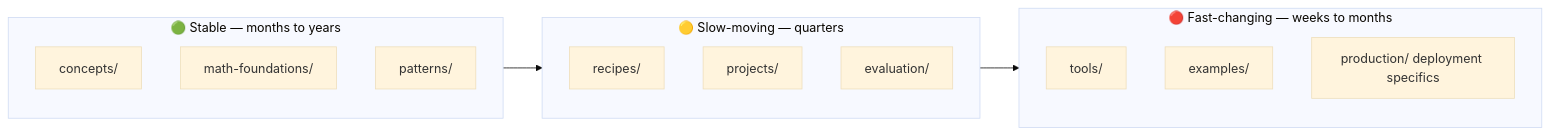
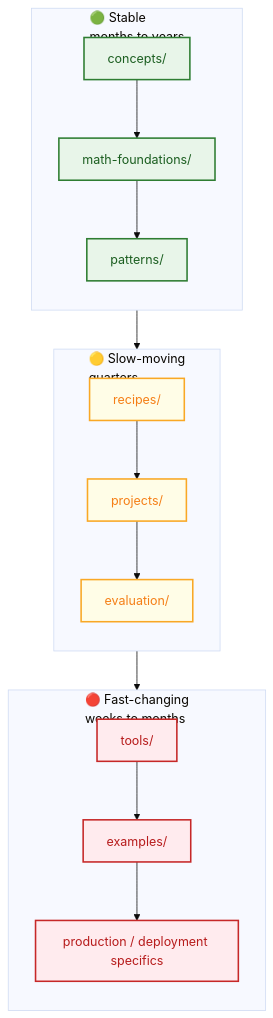
The second of 2 diagrams in README.md (MHHamdan/Agentic-AI-Engineer), drawn with Mermaid (base theme) before and after one commit. The commit also changed other lines of this file, not shown here.

First line of the commit message:
Revise diagrams and citation format in README

````diff
--- a/README.md
+++ b/README.md
@@ -230,20 +254,44 @@
 ```mermaid
-flowchart LR
-    subgraph Stable[🟢 Stable — months to years]
-        S1[concepts/]
-        S2[math-foundations/]
-        S3[patterns/]
+flowchart TD
+    subgraph Stable["🟢 Stable<br/>months to years"]
+        direction TB
+        S1["concepts/"]
+        S2["math-foundations/"]
+        S3["patterns/"]
+        S1 --> S2
+        S2 --> S3
     end
-    subgraph SlowMoving[🟡 Slow-moving — quarters]
-        M1[recipes/]
-        M2[projects/]
-        M3[evaluation/]
+
+    subgraph SlowMoving["🟡 Slow-moving<br/>quarters"]
+        direction TB
+        M1["recipes/"]
+        M2["projects/"]
+        M3["evaluation/"]
+        M1 --> M2
+        M2 --> M3
     end
-    subgraph FastChanging[🔴 Fast-changing — weeks to months]
-        F1[tools/]
-        F2[examples/]
-        F3[production/ deployment specifics]
+
+    subgraph FastChanging["🔴 Fast-changing<br/>weeks to months"]
+        direction TB
+        F1["tools/"]
+        F2["examples/"]
+        F3["production / deployment specifics"]
+        F1 --> F2
+        F2 --> F3
     end
+
     Stable --> SlowMoving
     SlowMoving --> FastChanging
+
+    classDef stableNode fill:#E8F5E9,stroke:#2E7D32,stroke-width:2px,color:#1B5E20;
+    classDef slowNode fill:#FFFDE7,stroke:#F9A825,stroke-width:2px,color:#F57F17;
+    classDef fastNode fill:#FFEBEE,stroke:#C62828,stroke-width:2px,color:#B71C1C;
+
+    classDef stableGroup fill:#F1F8E9,stroke:#388E3C,stroke-width:2px,color:#1B5E20;
+    classDef slowGroup fill:#FFF8E1,stroke:#F9A825,stroke-width:2px,color:#E65100;
+    classDef fastGroup fill:#FFF5F5,stroke:#D32F2F,stroke-width:2px,color:#B71C1C;
+
+    class S1,S2,S3 stableNode;
+    class M1,M2,M3 slowNode;
+    class F1,F2,F3 fastNode;
 ```
````
